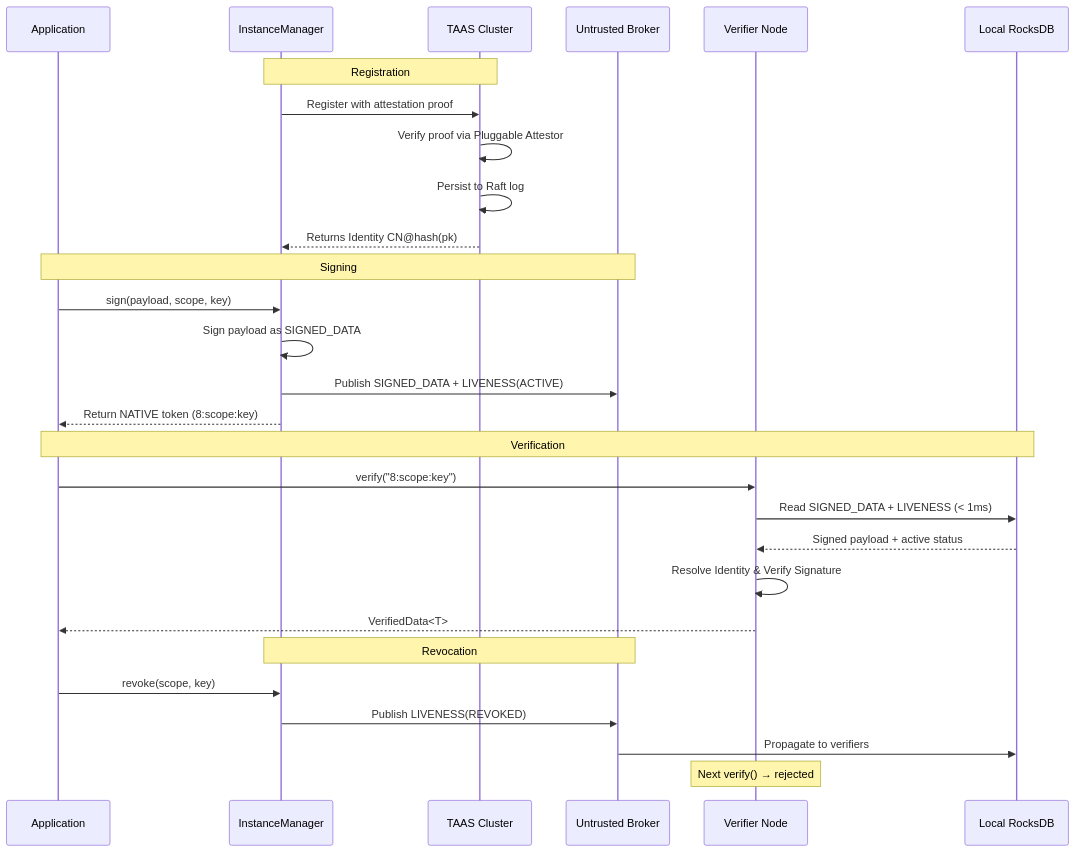
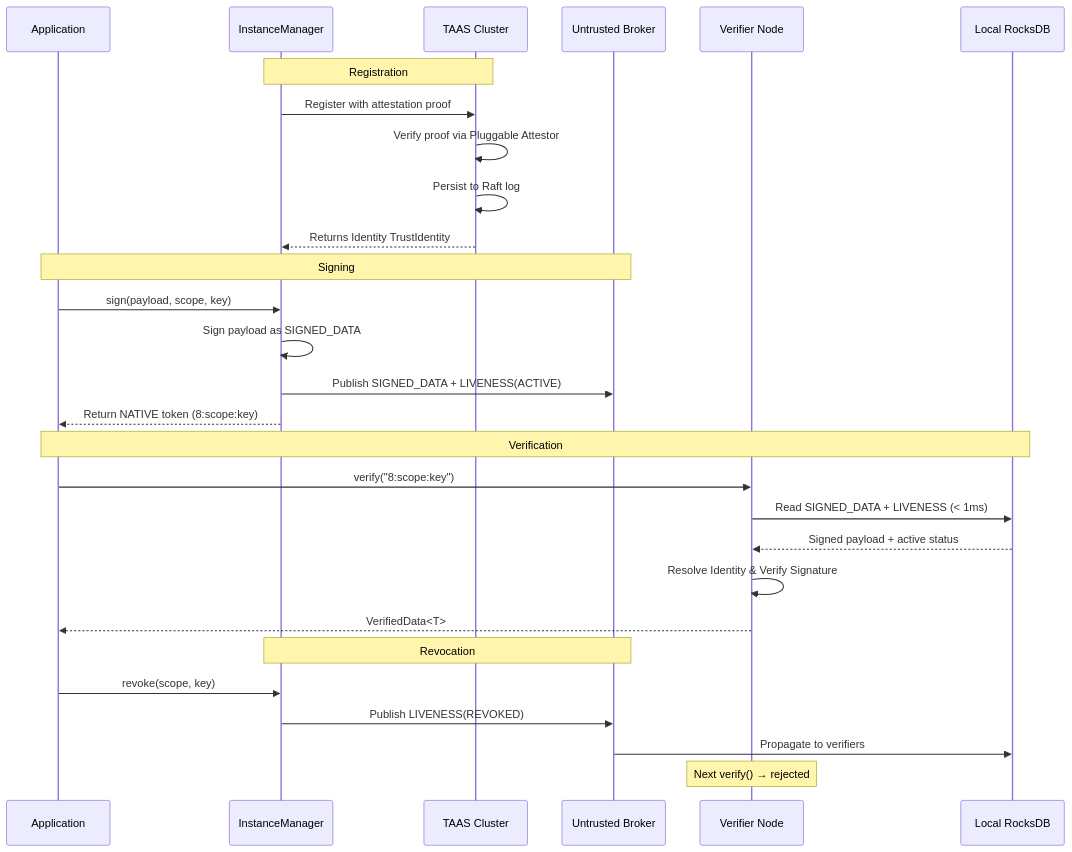
Before and after one commit to cyfko/veridot: the diagram in docs/docs/getting-started/what-is-veridot.md, drawn with Mermaid. The commit also changed other lines of this file and 31 other files, not shown here.

Commit message:
docs: align documentation with Veridot V5 Zero-Trust architecture

````diff
--- a/docs/docs/getting-started/what-is-veridot.md
+++ b/docs/docs/getting-started/what-is-veridot.md
@@ -45,34 +45,34 @@
 ```mermaid
 sequenceDiagram
     participant App as Application
     participant IM as InstanceManager
     participant TAAS as TAAS Cluster
     participant Broker as Untrusted Broker
     participant Verifier as Verifier Node
     participant Cache as Local RocksDB
 
     Note over IM,TAAS: Registration
     IM->>TAAS: Register with attestation proof
     TAAS->>TAAS: Verify proof via Pluggable Attestor
     TAAS->>TAAS: Persist to Raft log
-    TAAS-->>IM: Returns Identity CN@hash(pk)
+    TAAS-->>IM: Returns Identity TrustIdentity
 
     Note over App,Broker: Signing
     App->>IM: sign(payload, scope, key)
     IM->>IM: Sign payload as SIGNED_DATA
     IM->>Broker: Publish SIGNED_DATA + LIVENESS(ACTIVE)
     IM-->>App: Return NATIVE token (8:scope:key)
 
     Note over App,Cache: Verification
     App->>Verifier: verify("8:scope:key")
     Verifier->>Cache: Read SIGNED_DATA + LIVENESS (< 1ms)
     Cache-->>Verifier: Signed payload + active status
     Verifier->>Verifier: Resolve Identity & Verify Signature
     Verifier-->>App: VerifiedData<T>
 
     Note over IM,Broker: Revocation
     App->>IM: revoke(scope, key)
     IM->>Broker: Publish LIVENESS(REVOKED)
     Broker->>Cache: Propagate to verifiers
     Note over Verifier: Next verify() → rejected
 ```
````
